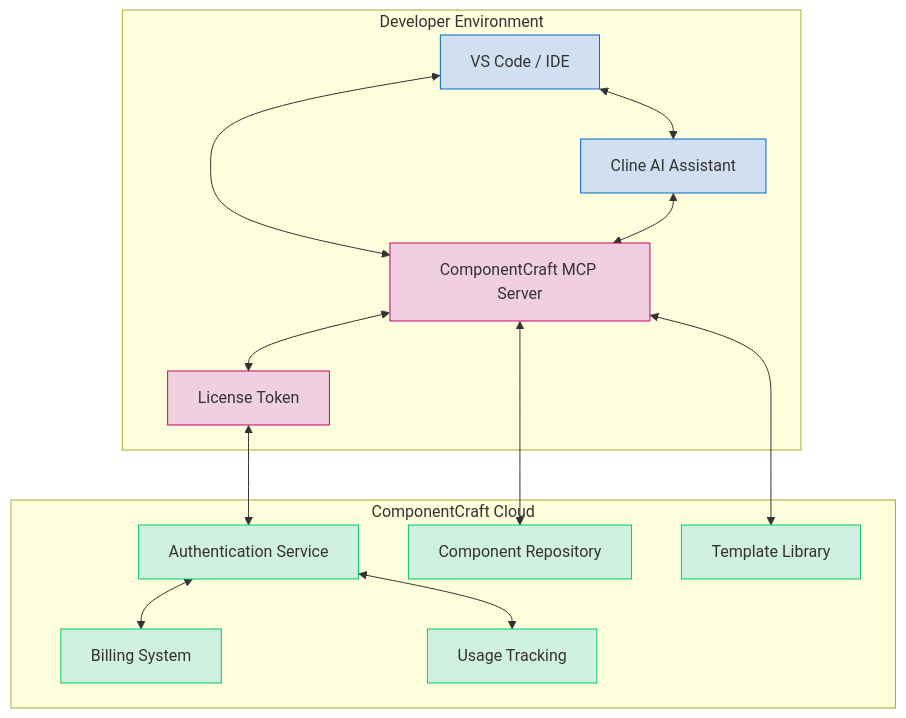
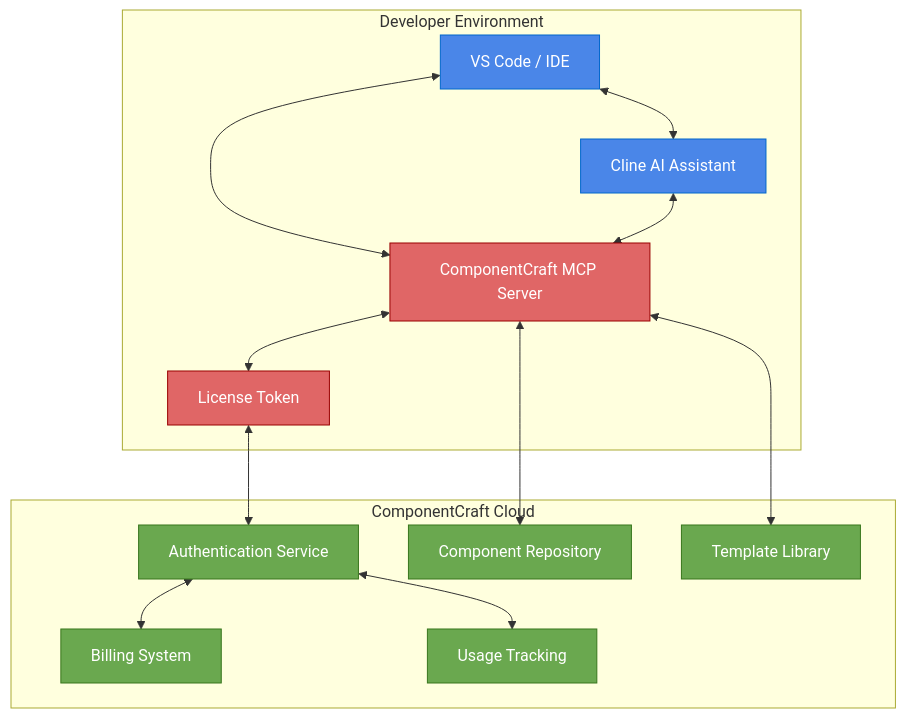
One commit to hungmanhdo/componentcraft_ai changed the third of 13 diagrams in basic.md. Above: the diagram before and after it, drawn with Mermaid. The commit also changed other lines of this file and 1 other file, not shown here.

Commit message:
Update style of charts

````diff
--- a/basic.md
+++ b/basic.md
@@ -116,37 +116,37 @@
 ```mermaid
 graph TD
     subgraph "Developer Environment"
         IDE["VS Code / IDE"]
         CLINE["Cline AI Assistant"]
         MCP["ComponentCraft MCP Server"]
         TOKEN["License Token"]
     end
 
     subgraph "ComponentCraft Cloud"
         AUTH["Authentication Service"]
         BILLING["Billing System"]
         REPO["Component Repository"]
         TEMPLATES["Template Library"]
         USAGE["Usage Tracking"]
     end
 
     IDE <--> CLINE
     IDE <--> MCP
     CLINE <--> MCP
     MCP <--> TOKEN
     TOKEN <--> AUTH
     AUTH <--> BILLING
     AUTH <--> USAGE
     MCP <--> REPO
     MCP <--> TEMPLATES
 
-    style IDE fill:#d0e0f0,stroke:#0066cc
-    style CLINE fill:#d0e0f0,stroke:#0066cc
-    style MCP fill:#f0d0e0,stroke:#cc0066
-    style TOKEN fill:#f0d0e0,stroke:#cc0066
-    style AUTH fill:#d0f0e0,stroke:#00cc66
-    style BILLING fill:#d0f0e0,stroke:#00cc66
-    style REPO fill:#d0f0e0,stroke:#00cc66
-    style TEMPLATES fill:#d0f0e0,stroke:#00cc66
-    style USAGE fill:#d0f0e0,stroke:#00cc66
+    style IDE fill:#4a86e8,stroke:#0066cc,color:#ffffff
+    style CLINE fill:#4a86e8,stroke:#0066cc,color:#ffffff
+    style MCP fill:#e06666,stroke:#990000,color:#ffffff
+    style TOKEN fill:#e06666,stroke:#990000,color:#ffffff
+    style AUTH fill:#6aa84f,stroke:#38761d,color:#ffffff
+    style BILLING fill:#6aa84f,stroke:#38761d,color:#ffffff
+    style REPO fill:#6aa84f,stroke:#38761d,color:#ffffff
+    style TEMPLATES fill:#6aa84f,stroke:#38761d,color:#ffffff
+    style USAGE fill:#6aa84f,stroke:#38761d,color:#ffffff
 ```
````
